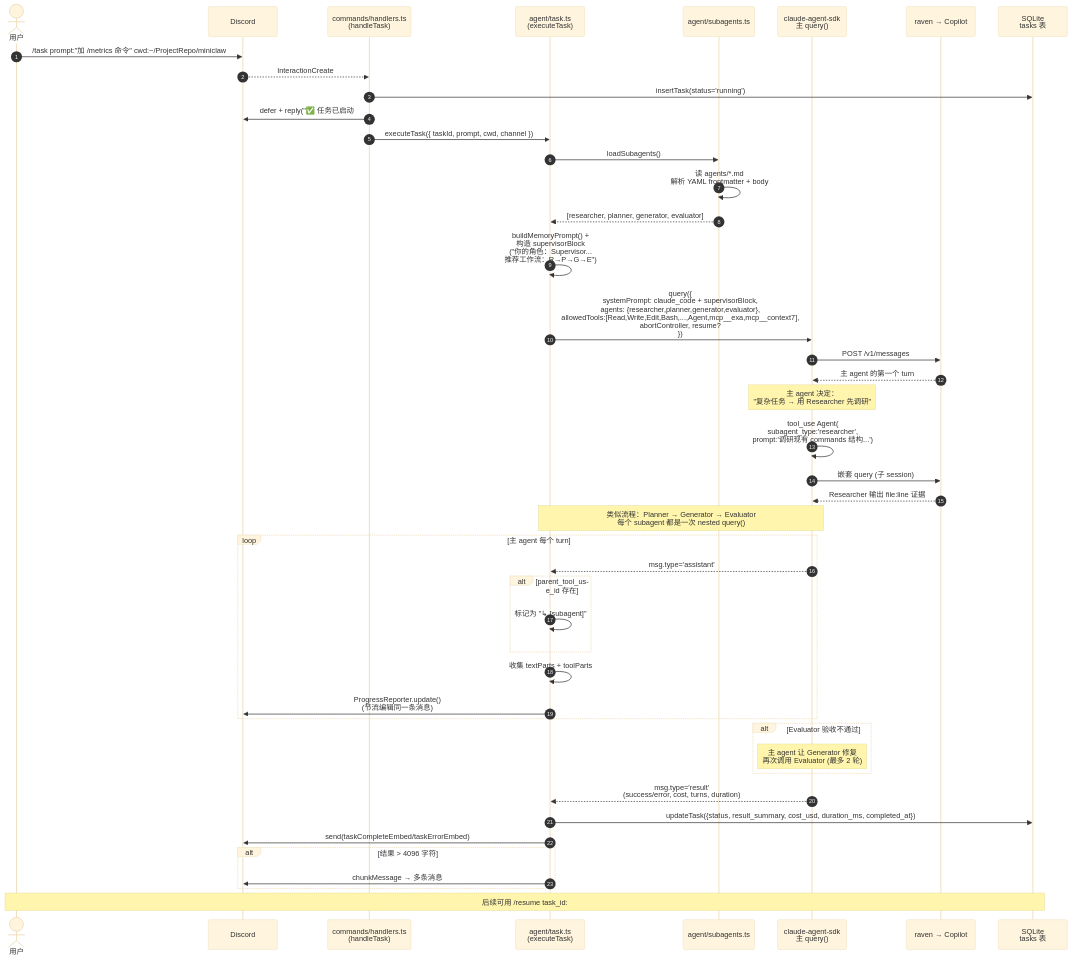
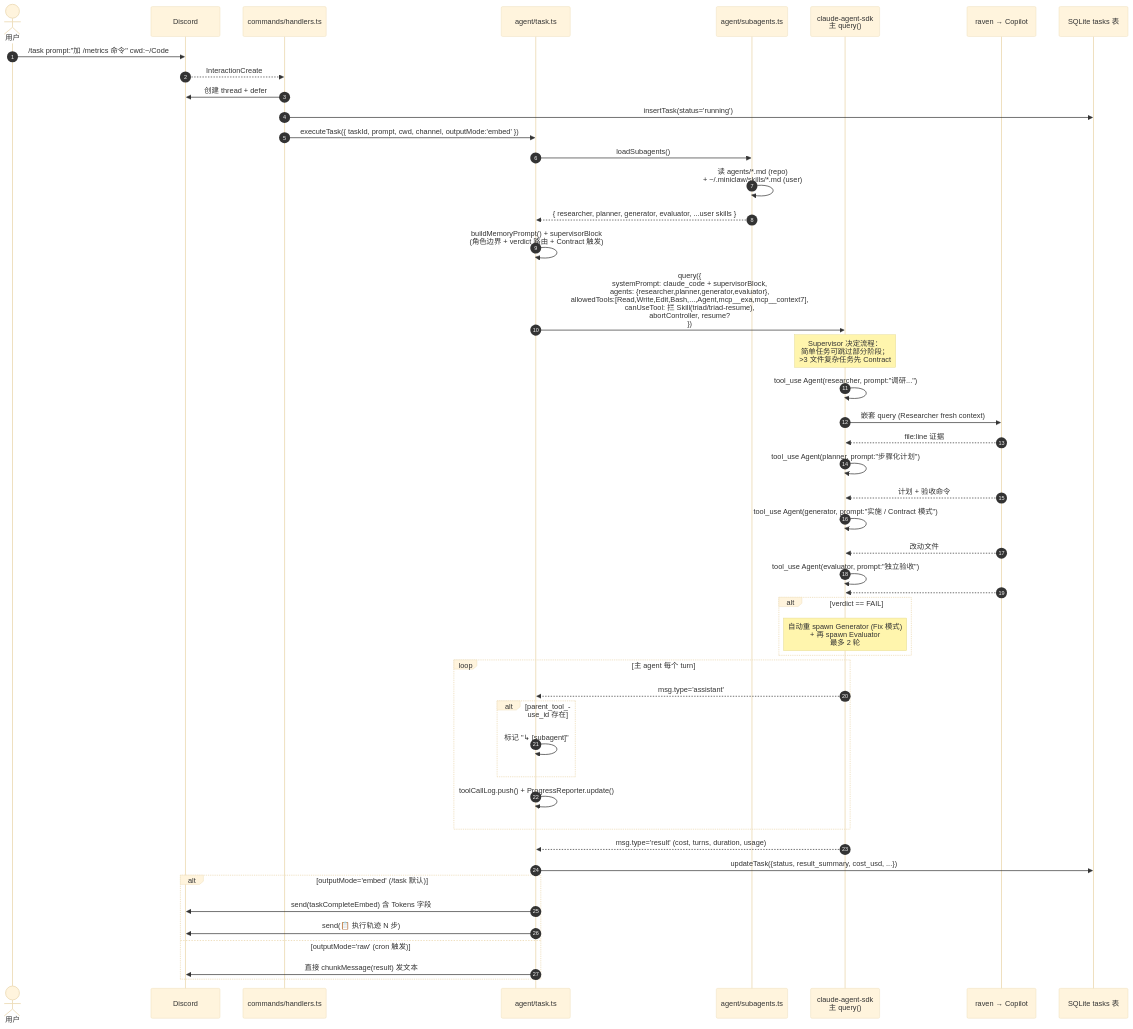
One commit to yuanyunfan/miniclaw changed the third of 5 diagrams in docs/architecture.md. Above: the diagram before and after it, drawn with Mermaid (base theme). The commit also changed other lines of this file and 1 other file, not shown here.

First line of the commit message:
docs: 更新 architecture.md + bot-routing.md 反映最近所有改动

````diff
--- a/docs/architecture.md
+++ b/docs/architecture.md
@@ -160,64 +180,65 @@
 ```mermaid
 sequenceDiagram
     autonumber
     actor U as 用户
     participant D as Discord
-    participant H as commands/handlers.ts<br/>(handleTask)
-    participant T as agent/task.ts<br/>(executeTask)
+    participant H as commands/handlers.ts
+    participant T as agent/task.ts
     participant SA as agent/subagents.ts
     participant Q as claude-agent-sdk<br/>主 query()
     participant R as raven → Copilot
-    participant DB as SQLite<br/>tasks 表
+    participant DB as SQLite tasks 表
 
-    U->>D: /task prompt:"加 /metrics 命令" cwd:~/ProjectRepo/miniclaw
+    U->>D: /task prompt:"加 /metrics 命令" cwd:~/Code
     D-->>H: InteractionCreate
 
+    H->>D: 创建 thread + defer
     H->>DB: insertTask(status='running')
-    H->>D: defer + reply("✅ 任务已启动 #{taskId}")
-
-    H->>T: executeTask({ taskId, prompt, cwd, channel })
+    H->>T: executeTask({ taskId, prompt, cwd, channel, outputMode:'embed' })
 
     T->>SA: loadSubagents()
-    SA->>SA: 读 agents/*.md<br/>解析 YAML frontmatter + body
-    SA-->>T: [researcher, planner, generator, evaluator]
+    SA->>SA: 读 agents/*.md (repo)<br/>+ ~/.miniclaw/skills/*.md (user)
+    SA-->>T: { researcher, planner, generator, evaluator, ...user skills }
 
-    T->>T: buildMemoryPrompt() +<br/>构造 supervisorBlock<br/>("你的角色：Supervisor...<br/>推荐工作流：R→P→G→E")
+    T->>T: buildMemoryPrompt() + supervisorBlock<br/>(角色边界 + verdict 路由 + Contract 触发)
 
-    T->>Q: query({<br/>  systemPrompt: claude_code + supervisorBlock,<br/>  agents: {researcher,planner,generator,evaluator},<br/>  allowedTools:[Read,Write,Edit,Bash,...,Agent,mcp__exa,mcp__context7],<br/>  abortController, resume?<br/>})
+    T->>Q: query({<br/>  systemPrompt: claude_code + supervisorBlock,<br/>  agents: {researcher,planner,generator,evaluator},<br/>  allowedTools:[Read,Write,Edit,Bash,...,Agent,mcp__exa,mcp__context7],<br/>  canUseTool: 拦 Skill(triad/triad-resume),<br/>  abortController, resume?<br/>})
 
-    Q->>R: POST /v1/messages
-    R-->>Q: 主 agent 的第一个 turn
+    Note over Q: Supervisor 决定流程：<br/>简单任务可跳过部分阶段；<br/>>3 文件复杂任务先 Contract
 
-    Note over Q: 主 agent 决定：<br/>"复杂任务 → 用 Researcher 先调研"
+    Q->>Q: tool_use Agent(researcher, prompt:"调研...")
+    Q->>R: 嵌套 query (Researcher fresh context)
+    R-->>Q: file:line 证据
 
-    Q->>Q: tool_use Agent(<br/>  subagent_type:'researcher',<br/>  prompt:'调研现有 commands 结构...')
+    Q->>Q: tool_use Agent(planner, prompt:"步骤化计划")
+    R-->>Q: 计划 + 验收命令
 
-    Q->>R: 嵌套 query (子 session)
-    R-->>Q: Researcher 输出 file:line 证据
+    Q->>Q: tool_use Agent(generator, prompt:"实施 / Contract 模式")
+    R-->>Q: 改动文件
 
-    Note over Q,T: 类似流程：Planner → Generator → Evaluator<br/>每个 subagent 都是一次 nested query()
+    Q->>Q: tool_use Agent(evaluator, prompt:"独立验收")
+    R-->>Q: ## Machine-Readable Verdict<br/>verdict: PASS/CONDITIONAL_PASS/FAIL<br/>fix_list: [...]<br/>escalate: false
+
+    alt verdict == FAIL
+        Note over Q: 自动重 spawn Generator (Fix 模式)<br/>+ 再 spawn Evaluator<br/>最多 2 轮
+    end
 
     loop 主 agent 每个 turn
         Q-->>T: msg.type='assistant'
         alt parent_tool_use_id 存在
-            T->>T: 标记为 "↳ [subagent]"
+            T->>T: 标记 "↳ [subagent]"
         end
-        T->>T: 收集 textParts + toolParts
-        T->>D: ProgressReporter.update()<br/>(节流编辑同一条消息)
+        T->>T: toolCallLog.push() + ProgressReporter.update()
     end
 
-    alt Evaluator 验收不通过
-        Note over Q: 主 agent 让 Generator 修复<br/>再次调用 Evaluator (最多 2 轮)
+    Q-->>T: msg.type='result' (cost, turns, duration, usage)
+
+    T->>DB: updateTask({status, result_summary, cost_usd, ...})
+
+    alt outputMode='embed' (/task 默认)
+        T->>D: send(taskCompleteEmbed) 含 Tokens 字段
+        T->>D: send(📋 执行轨迹 N 步)
+    else outputMode='raw' (cron 触发)
+        T->>D: 直接 chunkMessage(result) 发文本
     end
-
-    Q-->>T: msg.type='result'<br/>(success/error, cost, turns, duration)
-
-    T->>DB: updateTask({status, result_summary, cost_usd, duration_ms, completed_at})
-
-    T->>D: send(taskCompleteEmbed/taskErrorEmbed)
-    alt 结果 > 4096 字符
-        T->>D: chunkMessage → 多条消息
-    end
-
-    Note over U,DB: 后续可用 /resume task_id:#{taskId}<br/>会以 session_id 续跑
 ```
````
